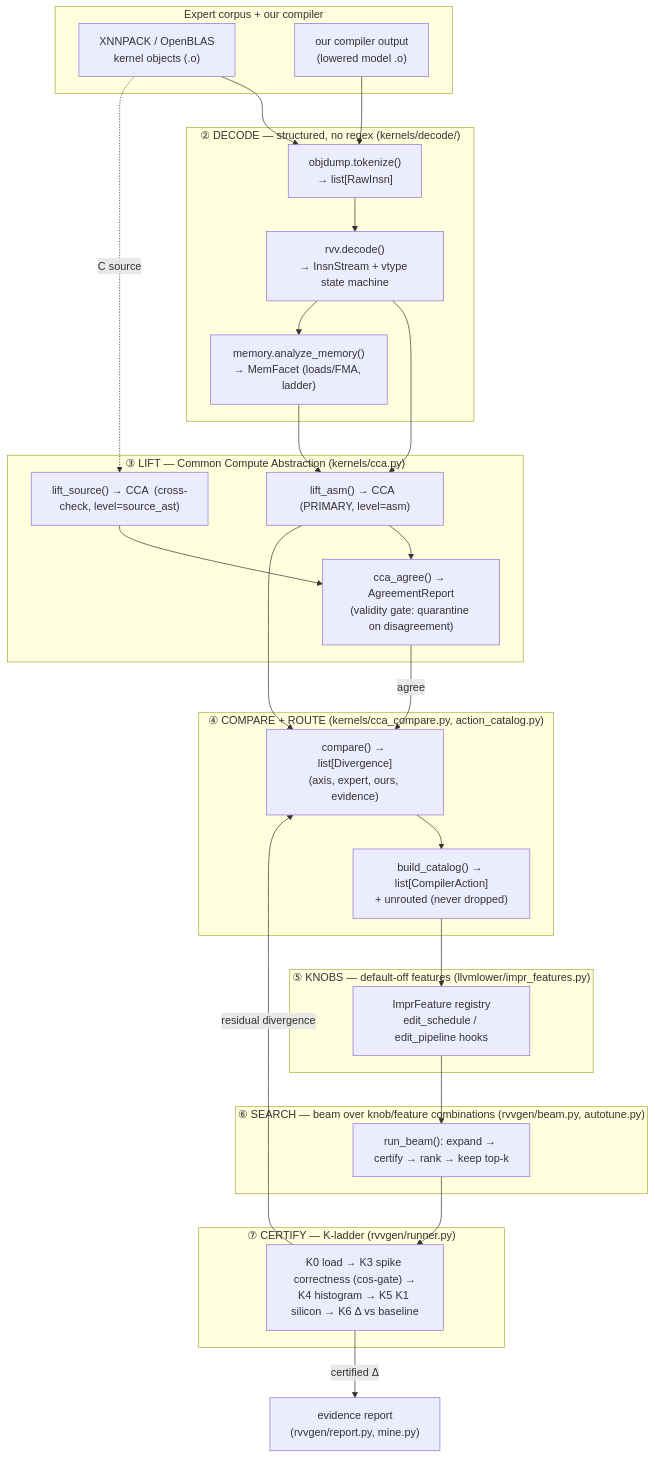
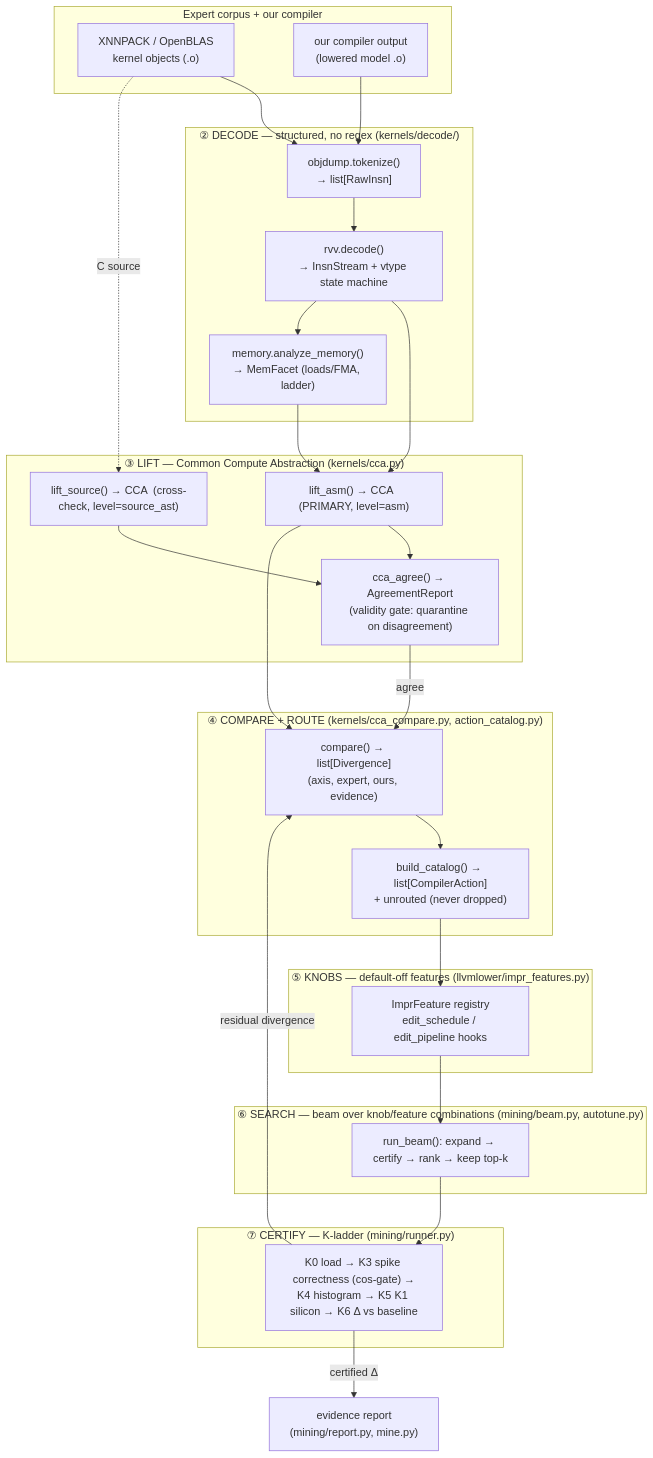
One commit to ucb-bar/merlin changed the first of 5 diagrams in docs/reference/rvv_kernel_mining_methodology.md. Above: the diagram before and after it, drawn with Mermaid. The commit also changed other lines of this file and 8369 other files, not shown here.

First line of the commit message:
refactor: consolidate Merlin phase architecture

````diff
--- a/docs/reference/rvv_kernel_mining_methodology.md
+++ b/docs/reference/rvv_kernel_mining_methodology.md
@@ -42,48 +42,48 @@
 ```mermaid
 flowchart TD
     subgraph CORPUS["Expert corpus + our compiler"]
         X["XNNPACK / OpenBLAS<br/>kernel objects (.o)"]
         O["our compiler output<br/>(lowered model .o)"]
     end
 
     subgraph DECODE["② DECODE — structured, no regex (kernels/decode/)"]
         T["objdump.tokenize()<br/>→ list[RawInsn]"]
         R["rvv.decode()<br/>→ InsnStream + vtype state machine"]
         M["memory.analyze_memory()<br/>→ MemFacet (loads/FMA, ladder)"]
     end
 
     subgraph LIFT["③ LIFT — Common Compute Abstraction (kernels/cca.py)"]
         LA["lift_asm() → CCA  (PRIMARY, level=asm)"]
         LS["lift_source() → CCA  (cross-check, level=source_ast)"]
         AG["cca_agree() → AgreementReport<br/>(validity gate: quarantine on disagreement)"]
     end
 
     subgraph COMPARE["④ COMPARE + ROUTE (kernels/cca_compare.py, action_catalog.py)"]
         D["compare() → list[Divergence]<br/>(axis, expert, ours, evidence)"]
         AC["build_catalog() → list[CompilerAction]<br/>+ unrouted (never dropped)"]
     end
 
     subgraph KNOBS["⑤ KNOBS — default-off features (llvmlower/impr_features.py)"]
         F["ImprFeature registry<br/>edit_schedule / edit_pipeline hooks"]
     end
 
-    subgraph SEARCH["⑥ SEARCH — beam over knob/feature combinations (rvvgen/beam.py, autotune.py)"]
+    subgraph SEARCH["⑥ SEARCH — beam over knob/feature combinations (mining/beam.py, autotune.py)"]
         B["run_beam(): expand → certify → rank → keep top-k"]
     end
 
-    subgraph CERT["⑦ CERTIFY — K-ladder (rvvgen/runner.py)"]
+    subgraph CERT["⑦ CERTIFY — K-ladder (mining/runner.py)"]
         K["K0 load → K3 spike correctness (cos-gate) →<br/>K4 histogram → K5 K1 silicon → K6 Δ vs baseline"]
     end
 
     X --> T --> R --> LA
     O --> T
     R --> M --> LA
     X -.C source.-> LS
     LA --> AG
     LS --> AG
     AG -->|agree| D
     LA --> D
     D --> AC --> F --> B --> K
     K -->|residual divergence| D
-    K -->|certified Δ| REPORT["evidence report<br/>(rvvgen/report.py, mine.py)"]
+    K -->|certified Δ| REPORT["evidence report<br/>(mining/report.py, mine.py)"]
 ```
````
